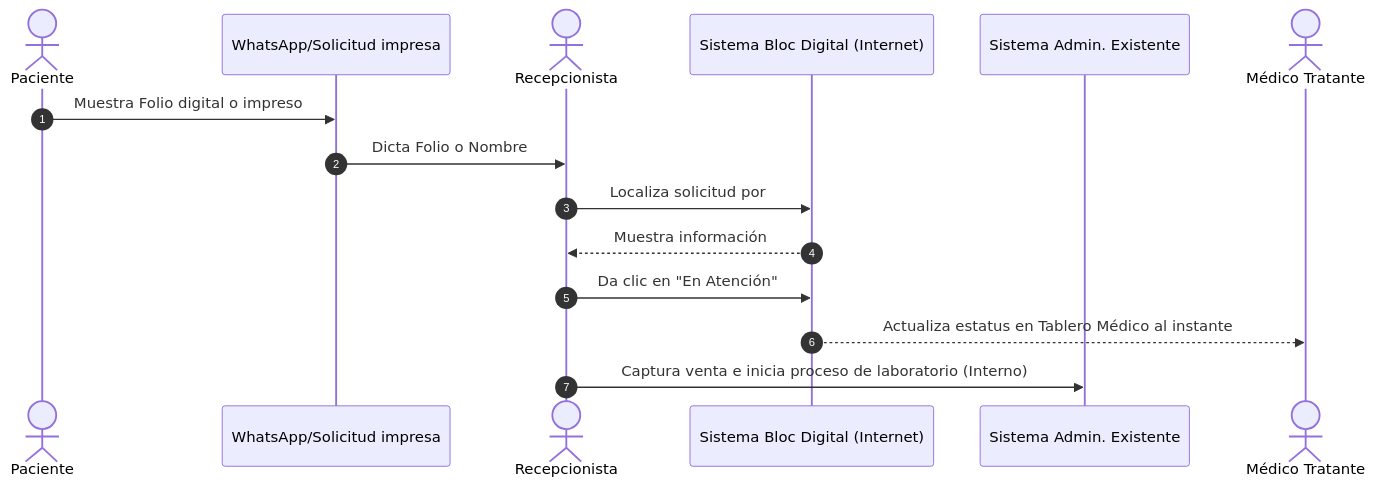
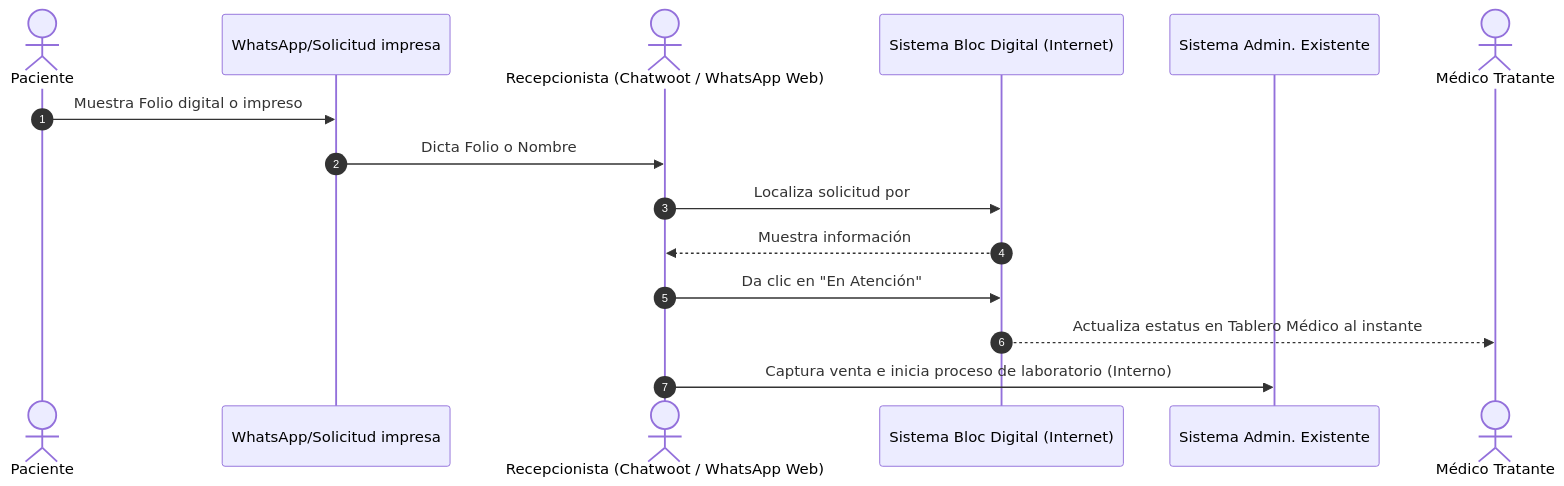
The diagram in portafolio-dev-2026/blocklabgd/contrato-laesh/v1.0/diagramas1.0/diag2.mmd (cbenavides/caelitandem_home), drawn with Mermaid before and after one commit. The commit also changed 15 other files, not shown here.

```diff
--- a/portafolio-dev-2026/blocklabgd/contrato-laesh/v1.0/diagramas1.0/diag2.mmd
+++ b/portafolio-dev-2026/blocklabgd/contrato-laesh/v1.0/diagramas1.0/diag2.mmd
@@ -1,16 +1,16 @@
 sequenceDiagram
     autonumber
     actor Paciente as Paciente
     participant WA as WhatsApp/Solicitud impresa
-    actor Recepcion as Recepcionista
+    actor Recepcion as Recepcionista (Chatwoot / WhatsApp Web)
     participant Sistema as Sistema Bloc Digital (Internet)
     participant LIS as Sistema Admin. Existente
     actor Medico as Médico Tratante
 
     Paciente->>WA: Muestra Folio digital o impreso
     WA->>Recepcion: Dicta Folio o Nombre
     Recepcion->>Sistema: Localiza solicitud por #Folio
     Sistema-->>Recepcion: Muestra información
     Recepcion->>Sistema: Da clic en "En Atención"
     Sistema-->>Medico: Actualiza estatus en Tablero Médico al instante
     Recepcion->>LIS: Captura venta e inicia proceso de laboratorio (Interno)
```
